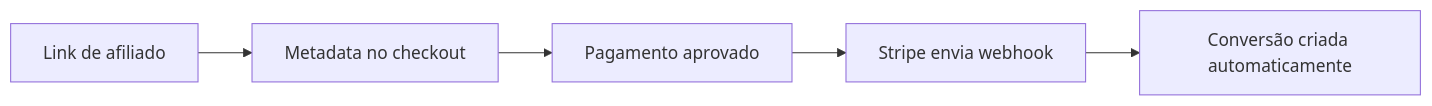
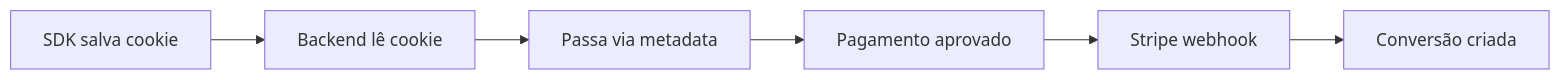
One commit to bgabraga2/affiliatus-docs changed the third of 5 diagrams in integrations/introduction.mdx. Above: the diagram before and after it, drawn with Mermaid. The commit also changed other lines of this file and 8 other files, not shown here.

````diff
--- a/integrations/introduction.mdx
+++ b/integrations/introduction.mdx
@@ -104,7 +144,8 @@
 ```mermaid
 graph LR
-    A[Link de afiliado] --> B[Metadata no checkout]
-    B --> C[Pagamento aprovado]
-    C --> D[Stripe envia webhook]
-    D --> E[Conversão criada automaticamente]
+    A[SDK salva cookie] --> B[Backend lê cookie]
+    B --> C[Passa via metadata]
+    C --> D[Pagamento aprovado]
+    D --> E[Stripe webhook]
+    E --> F[Conversão criada]
 ```
````
